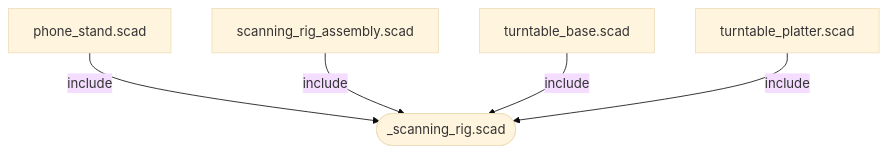
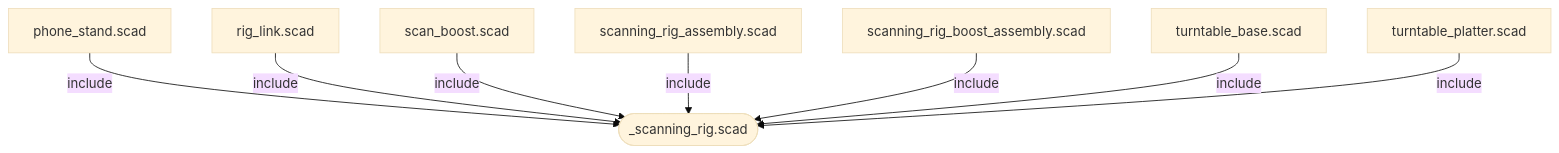
The diagram in scanning-rig/dependency-graph.md (stjohnb/3d-models), drawn with Mermaid (base theme) before and after one commit. The commit also changed 36 other files, not shown here.

First line of the commit message:
Add scan pipeline infrastructure and reworked scan_boost rig

````diff
--- a/scanning-rig/dependency-graph.md
+++ b/scanning-rig/dependency-graph.md
@@ -10,12 +10,18 @@
 ```mermaid
 graph TD
   phone_stand["phone_stand.scad"]
+  rig_link["rig_link.scad"]
+  scan_boost["scan_boost.scad"]
   scanning_rig_assembly["scanning_rig_assembly.scad"]
+  scanning_rig_boost_assembly["scanning_rig_boost_assembly.scad"]
   _scanning_rig(["_scanning_rig.scad"])
   turntable_base["turntable_base.scad"]
   turntable_platter["turntable_platter.scad"]
   phone_stand -->|include| _scanning_rig
+  rig_link -->|include| _scanning_rig
+  scan_boost -->|include| _scanning_rig
   scanning_rig_assembly -->|include| _scanning_rig
+  scanning_rig_boost_assembly -->|include| _scanning_rig
   turntable_base -->|include| _scanning_rig
   turntable_platter -->|include| _scanning_rig
 ```
````
